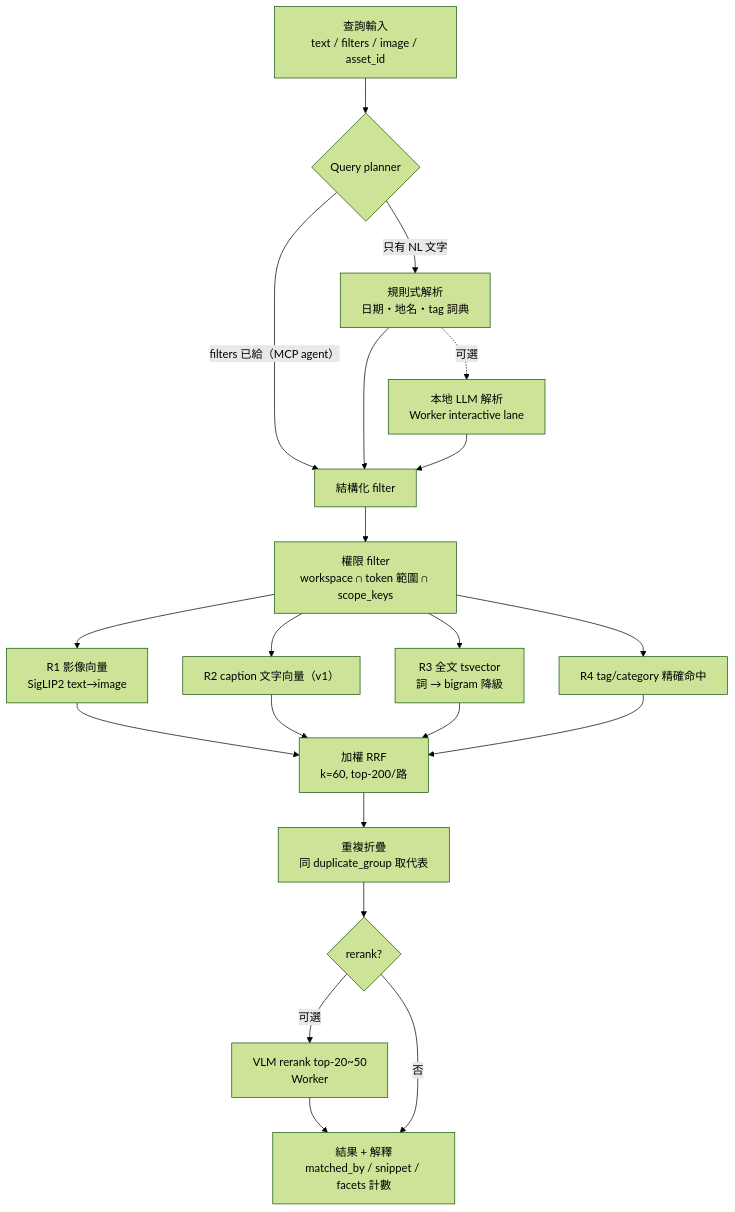
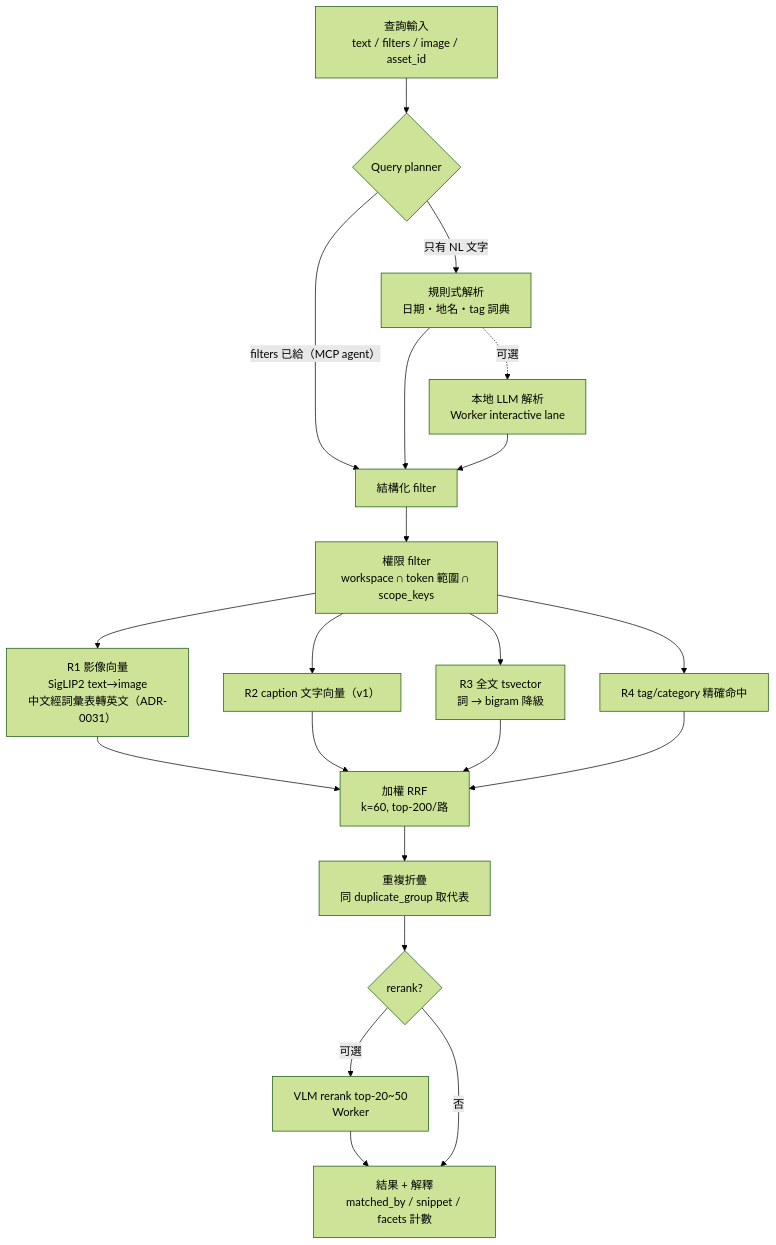
Before and after one commit to romanticamaj/openphotoagent: the third of 7 diagrams in docs/05-search-and-mcp.md, drawn with Mermaid (forest theme). The commit also changed 6 other files, not shown here.

````diff
--- a/docs/05-search-and-mcp.md
+++ b/docs/05-search-and-mcp.md
@@ -191,17 +191,17 @@
 ```mermaid
 flowchart TB
   Q[查詢輸入<br/>text / filters / image / asset_id] --> PL{Query planner}
   PL -->|filters 已給（MCP agent）| F[結構化 filter]
   PL -->|只有 NL 文字| RB[規則式解析<br/>日期・地名・tag 詞典] --> F
   RB -. 可選 .-> LLM[本地 LLM 解析<br/>Worker interactive lane] --> F
   F --> AUTH[權限 filter<br/>workspace ∩ token 範圍 ∩ scope_keys]
-  AUTH --> R1[R1 影像向量<br/>SigLIP2 text→image]
+  AUTH --> R1[R1 影像向量<br/>SigLIP2 text→image<br/>中文經詞彙表轉英文（ADR-0031）]
   AUTH --> R2[R2 caption 文字向量（v1）]
   AUTH --> R3[R3 全文 tsvector<br/>詞 → bigram 降級]
   AUTH --> R4[R4 tag/category 精確命中]
   R1 & R2 & R3 & R4 --> RRF[加權 RRF<br/>k=60, top-200/路]
   RRF --> DD[重複折疊<br/>同 duplicate_group 取代表]
   DD --> RR{rerank?}
   RR -->|可選| VLM[VLM rerank top-20~50<br/>Worker] --> OUT
   RR -->|否| OUT[結果 + 解釋<br/>matched_by / snippet / facets 計數]
 ```
````
